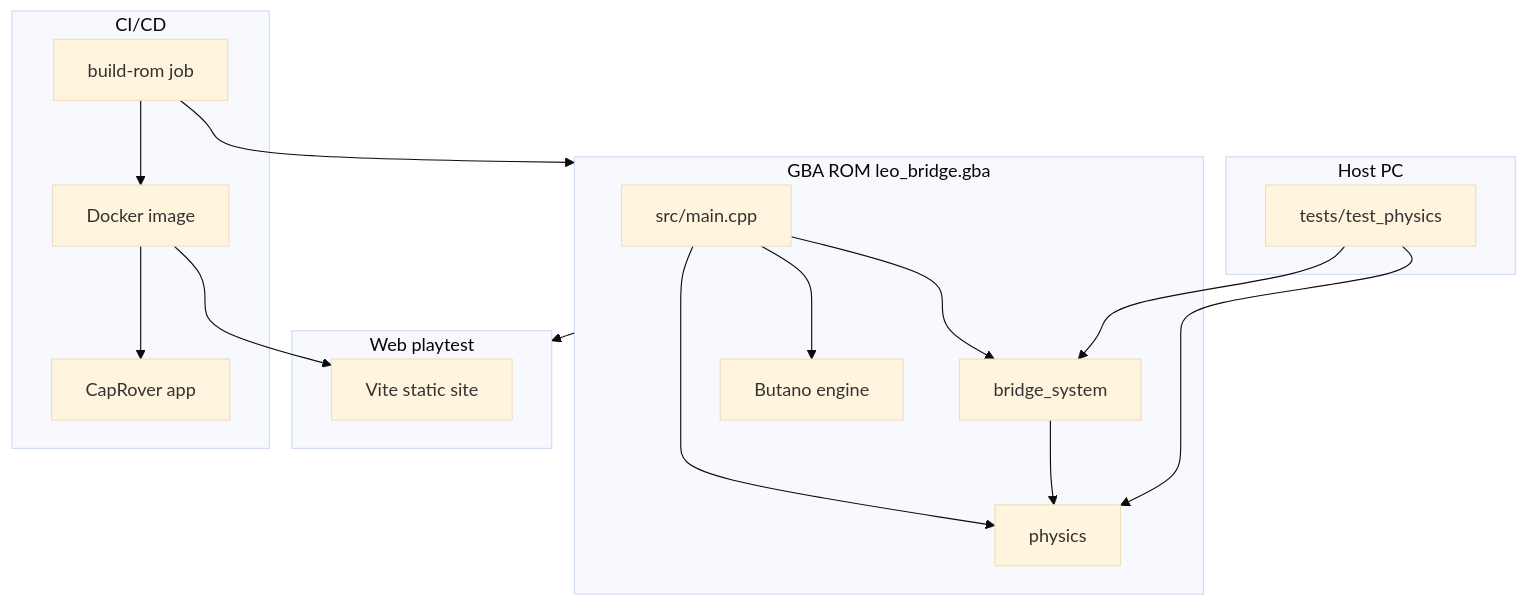
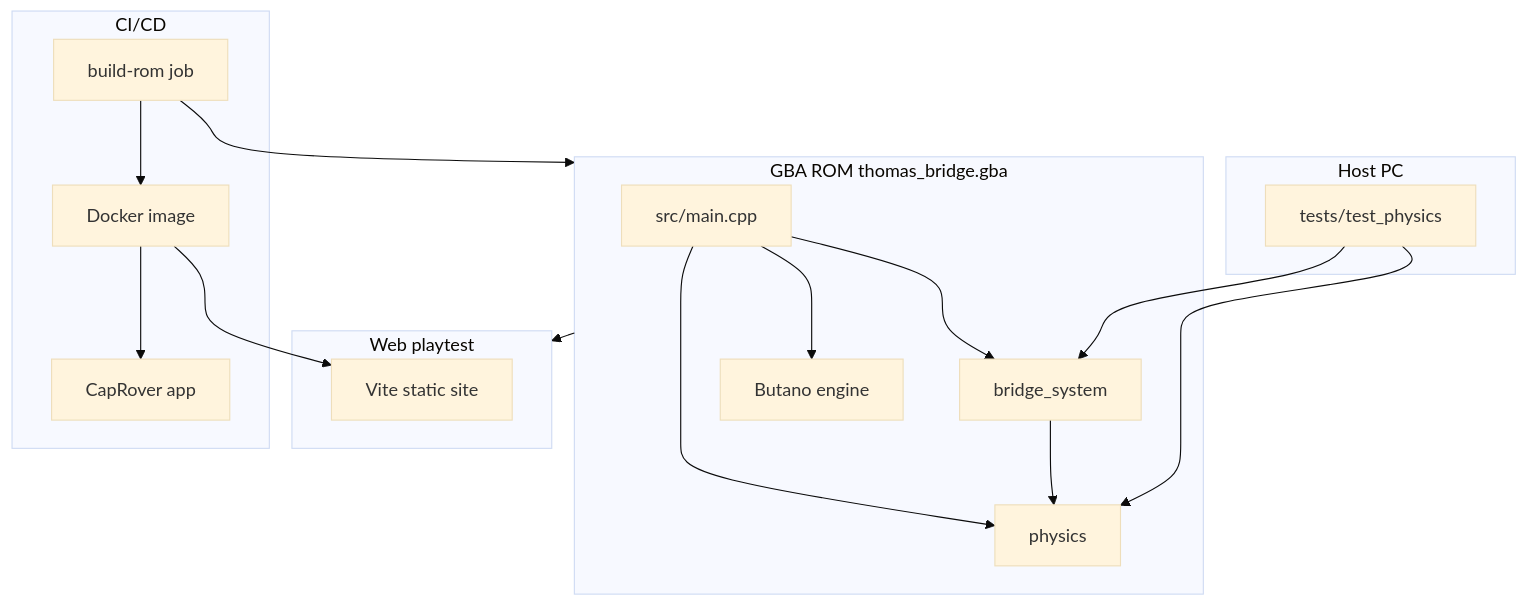
Before and after one commit to hackmods/morris-bridge-gba: the diagram in docs/architecture.md, drawn with Mermaid (base theme). The commit also changed 14 other files, not shown here.

First line of the commit message:
docs: capture session knowledge, backlog, and rename leo_bridge refs

````diff
--- a/docs/architecture.md
+++ b/docs/architecture.md
@@ -5,34 +5,34 @@
 ```mermaid
 flowchart TB
-  subgraph gba [GBA ROM leo_bridge.gba]
+  subgraph gba [GBA ROM thomas_bridge.gba]
     Main[src/main.cpp]
     Bridge[bridge_system]
     Phys[physics]
     Butano[Butano engine]
     Main --> Bridge
     Main --> Phys
     Bridge --> Phys
     Main --> Butano
   end
 
   subgraph host [Host PC]
     Tests[tests/test_physics]
     Tests --> Phys
     Tests --> Bridge
   end
 
   subgraph web [Web playtest]
     Vite[Vite static site]
   end
 
   subgraph ci [CI/CD]
     ROM[build-rom job]
     Docker[Docker image]
     CapRover[CapRover app]
     ROM --> Docker --> CapRover
     Docker --> Vite
   end
 
   ROM --> gba
   gba --> web
 ```
````
